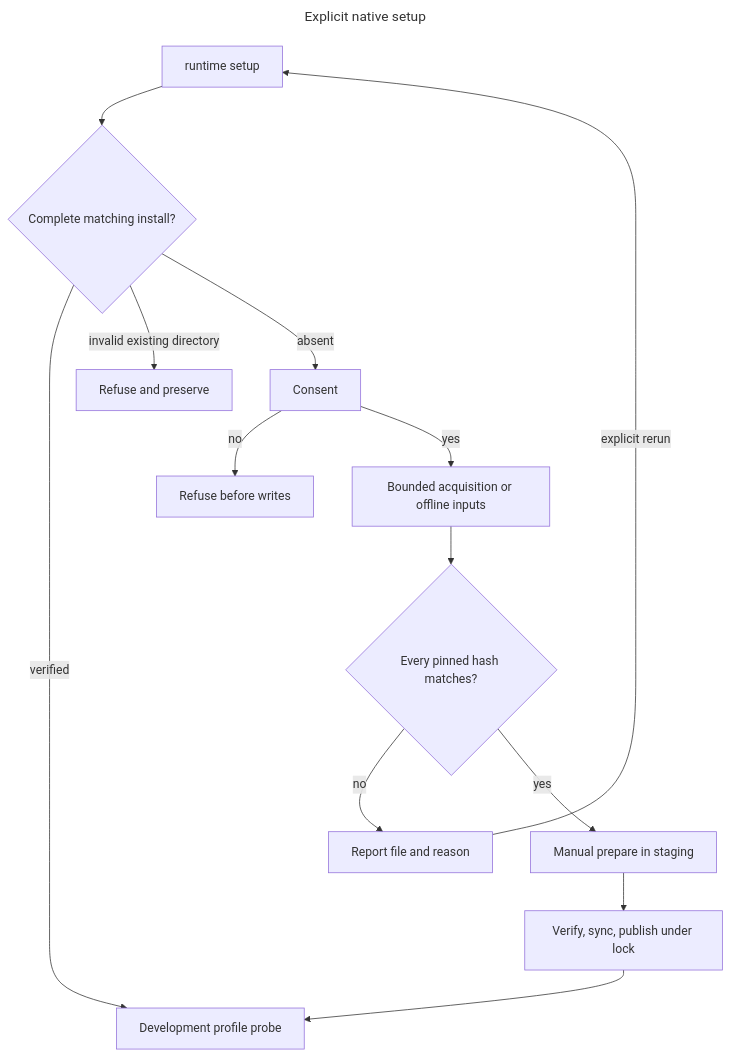
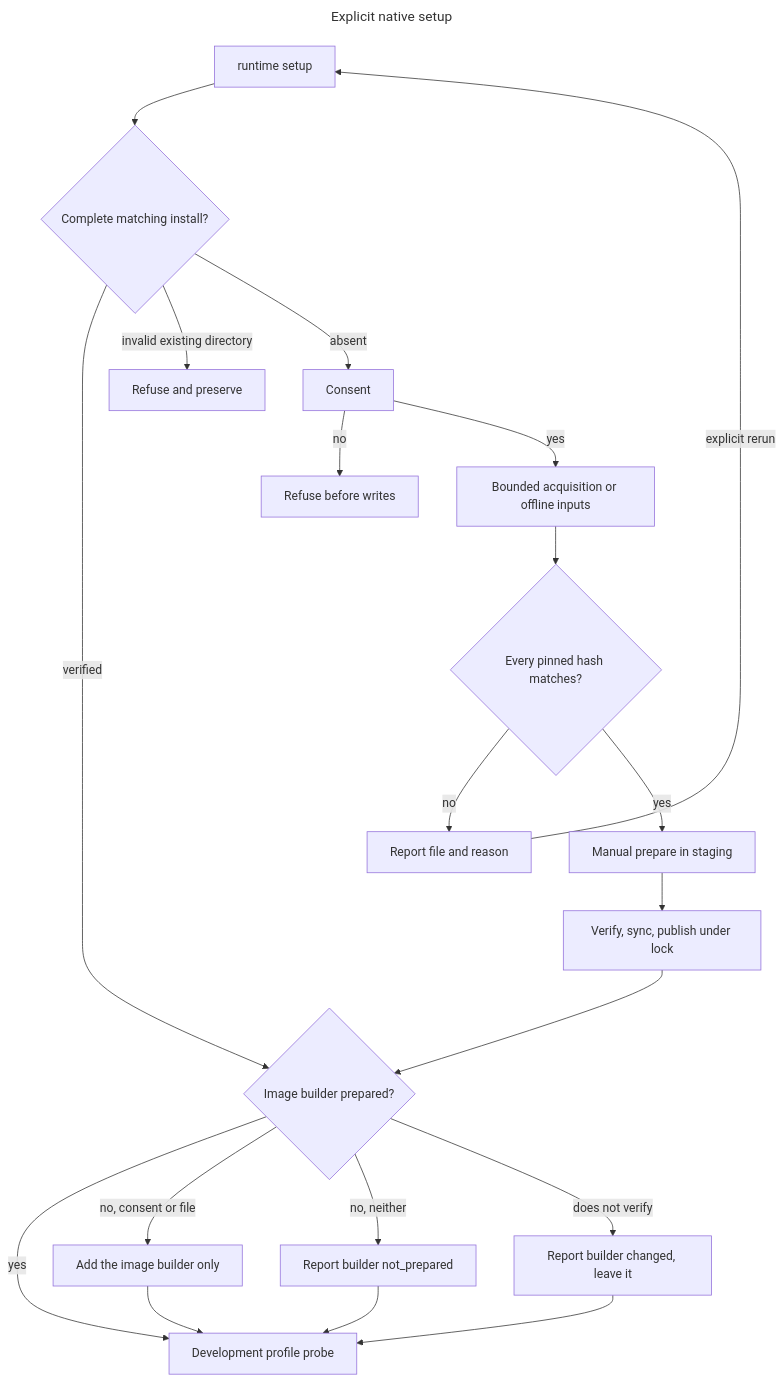
Before and after one commit to hack-dance/hack: the diagram in docs/diagrams/native-setup.mmd, drawn with Mermaid. The commit also changed 37 other files, not shown here.

First line of the commit message:
feat(native): install the pinned image builder in native setup and say so when it is missing (#1060)

```diff
--- a/docs/diagrams/native-setup.mmd
+++ b/docs/diagrams/native-setup.mmd
@@ -1,19 +1,26 @@
 ---
 title: Explicit native setup
 ---
 flowchart TD
   Start["runtime setup"] --> Existing{"Complete matching install?"}
   Consent -->|"no"| Refused["Refuse before writes"]
   Consent -->|"yes"| Acquire["Bounded acquisition or offline inputs"]
-  Existing -->|"verified"| Probe["Development profile probe"]
+  Existing -->|"verified"| Builder{"Image builder prepared?"}
   Existing -->|"invalid existing directory"| Preserved["Refuse and preserve"]
   Existing -->|"absent"| Consent
   Acquire --> Hash{"Every pinned hash matches?"}
   Hash -->|"no"| Retry["Report file and reason"]
   Hash -->|"yes"| Prepare["Manual prepare in staging"]
   Prepare --> Publish["Verify, sync, publish under lock"]
-  Publish --> Probe
+  Publish --> Builder
+  Builder -->|"yes"| Probe["Development profile probe"]
+  Builder -->|"no, consent or file"| Add["Add the image builder only"]
+  Builder -->|"no, neither"| Report["Report builder not_prepared"]
+  Builder -->|"does not verify"| Changed["Report builder changed, leave it"]
+  Add --> Probe
+  Report --> Probe
+  Changed --> Probe
   Retry -->|"explicit rerun"| Start
   class Refused,Preserved,Retry fail
   class Probe ok
   class Consent wait
```
